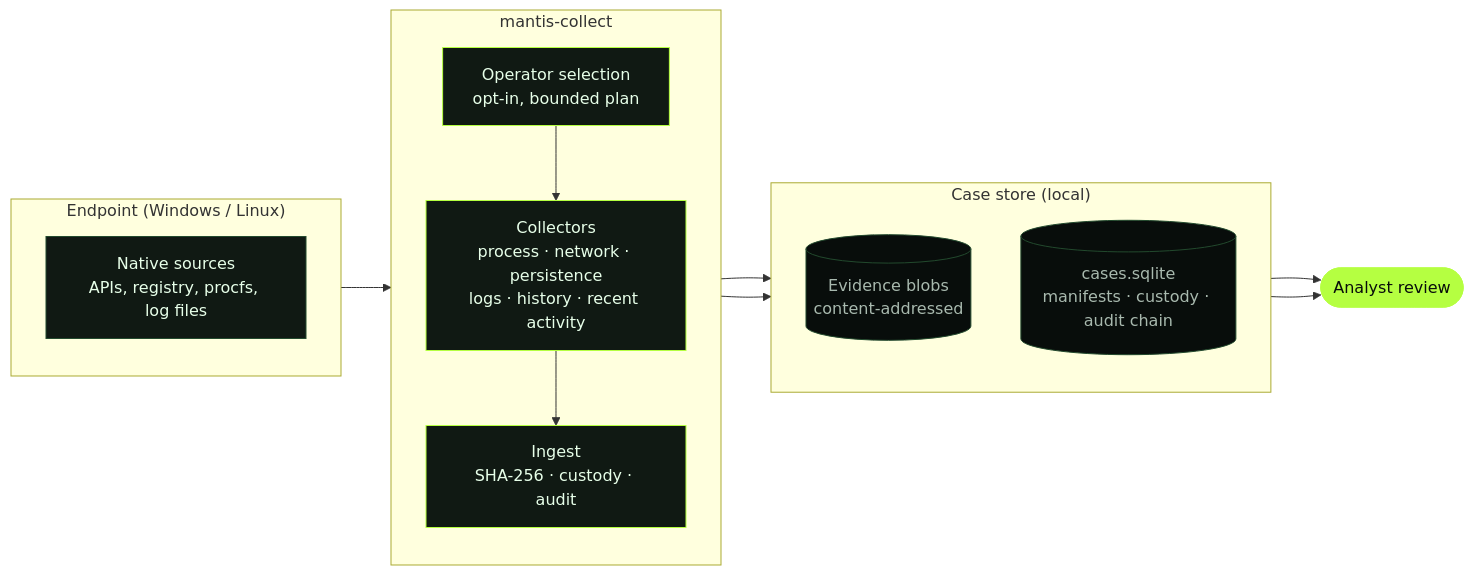
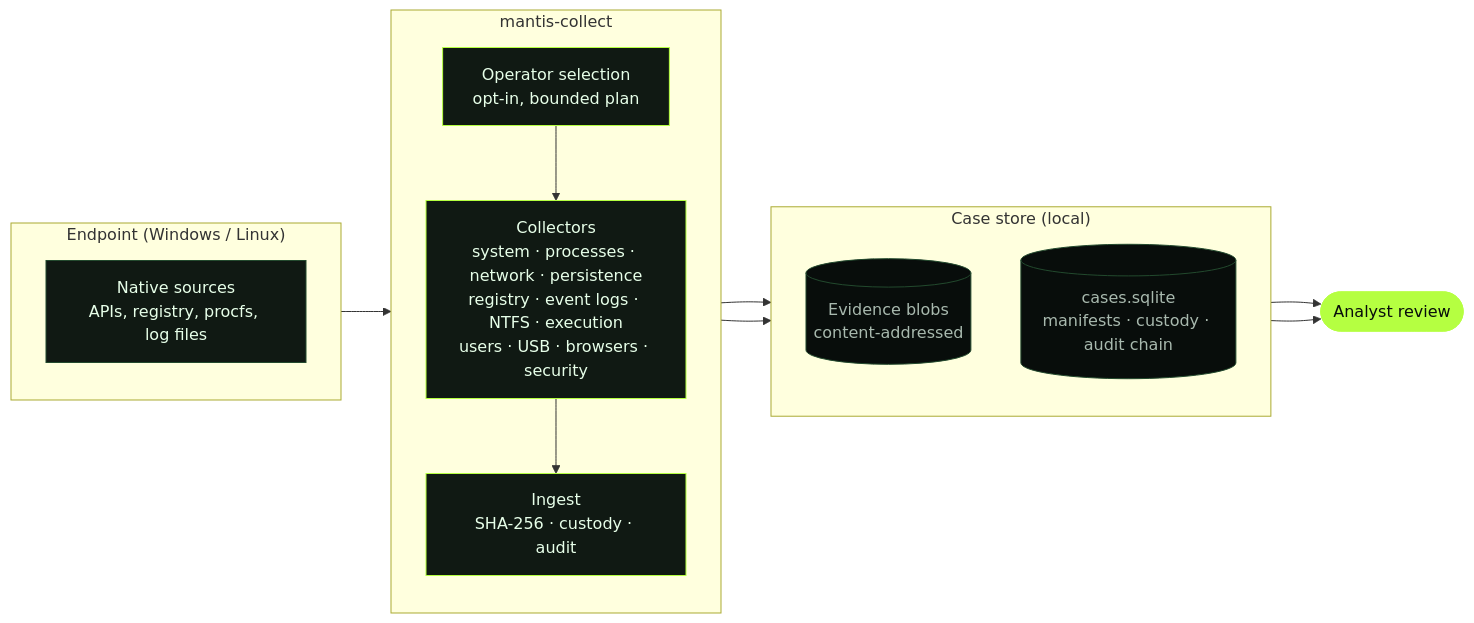
One commit to SergioMazariego/Mantis changed the diagram in README.md. Above: the diagram before and after it, drawn with Mermaid. The commit also changed other lines of this file and 6 other files, not shown here.

````diff
--- a/README.md
+++ b/README.md
@@ -143,38 +155,38 @@
 ```mermaid
 flowchart LR
     subgraph EP["Endpoint (Windows / Linux)"]
         direction TB
         SRC["Native sources<br/>APIs, registry, procfs, log files"]
     end
 
     subgraph MC["mantis-collect"]
         direction TB
         SEL["Operator selection<br/>opt-in, bounded plan"]
-        COL["Collectors<br/>process · network · persistence<br/>logs · history · recent activity"]
+        COL["Collectors<br/>system · processes · network · persistence<br/>registry · event logs · NTFS · execution<br/>users · USB · browsers · security"]
         ING["Ingest<br/>SHA-256 · custody · audit"]
         SEL --> COL --> ING
     end
 
     subgraph ST["Case store (local)"]
         direction TB
         BLOB[("Evidence blobs<br/>content-addressed")]
         DB[("cases.sqlite<br/>manifests · custody · audit chain")]
     end
 
     AN(["Analyst review"])
 
     SRC --> COL
     ING --> BLOB
     ING --> DB
     BLOB --> AN
     DB --> AN
 
     classDef endpoint fill:#101913,stroke:#234a2e,color:#e7ffe9;
     classDef core fill:#101913,stroke:#b5ff41,color:#e7ffe9;
     classDef store fill:#080d0b,stroke:#234a2e,color:#a8b9ae;
     classDef human fill:#b5ff41,stroke:#b5ff41,color:#080d0b;
     class SRC endpoint;
     class SEL,COL,ING core;
     class BLOB,DB store;
     class AN human;
 ```
````
